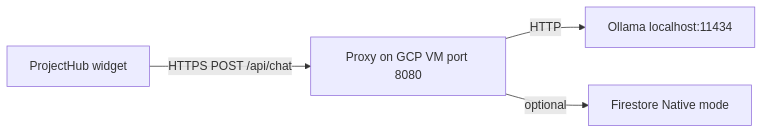
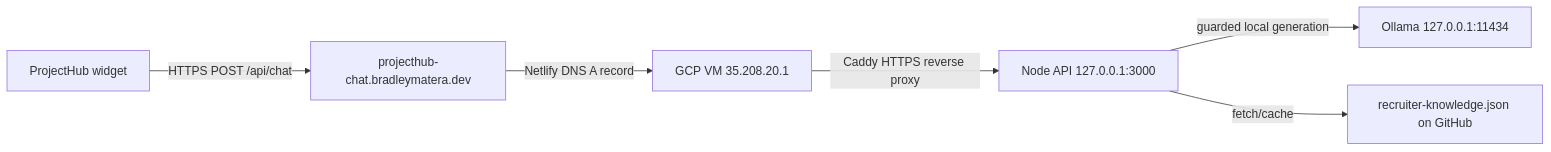
One commit to BradleyMatera/ProjectHub changed the diagram in docs/backend-guide.md. Above: the diagram before and after it, drawn with Mermaid. The commit also changed other lines of this file and 8 other files, not shown here.

Commit message:
Deepen recruiter chat answer handling

````diff
--- a/docs/backend-guide.md
+++ b/docs/backend-guide.md
@@ -30,6 +30,8 @@
 ```mermaid
 flowchart LR
-    A[ProjectHub widget] -- HTTPS POST /api/chat --> B[Proxy on GCP VM port 8080]
-    B -- HTTP --> C[Ollama localhost:11434]
-    B -- optional --> D[Firestore Native mode]
+  A[ProjectHub widget] -- HTTPS POST /api/chat --> B[projecthub-chat.bradleymatera.dev]
+  B -- Netlify DNS A record --> C[GCP VM 35.208.20.1]
+  C -- Caddy HTTPS reverse proxy --> D[Node API 127.0.0.1:3000]
+  D -- guarded local generation --> E[Ollama 127.0.0.1:11434]
+  D -- fetch/cache --> F[recruiter-knowledge.json on GitHub]
 ```
````
